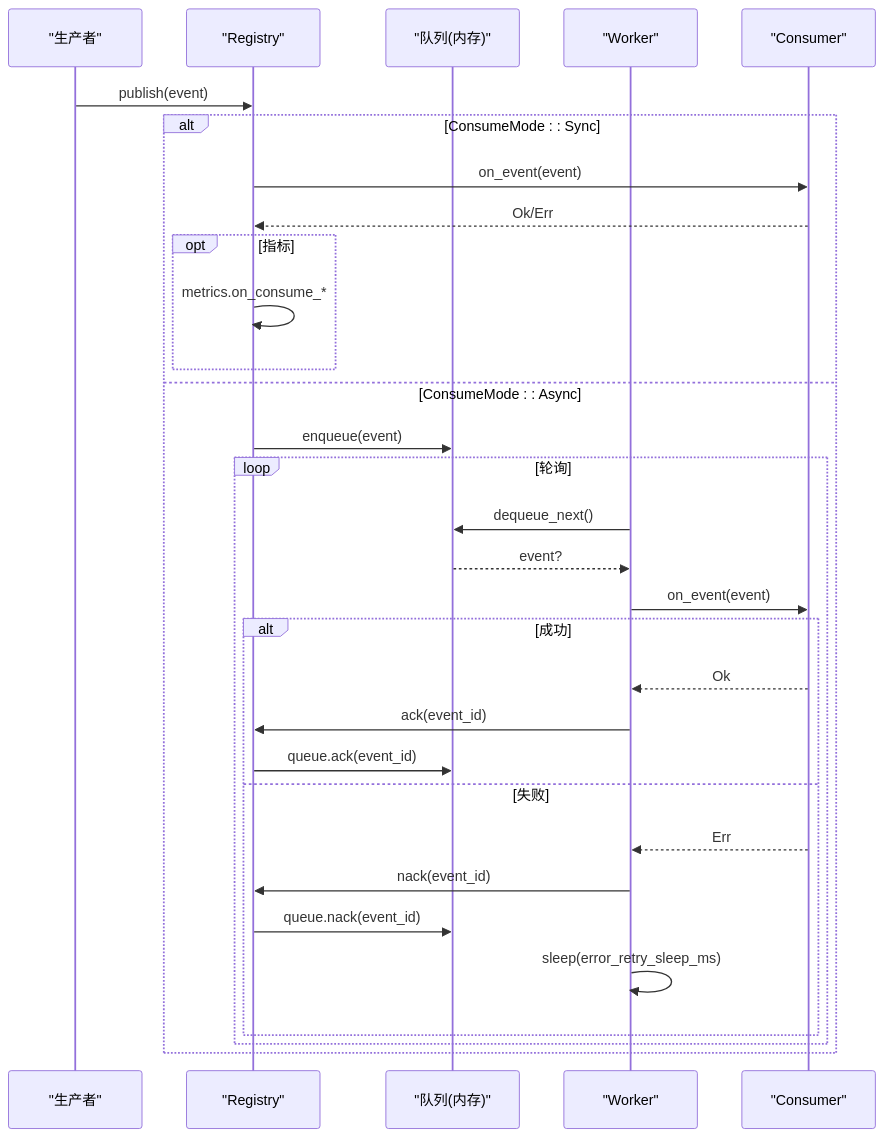
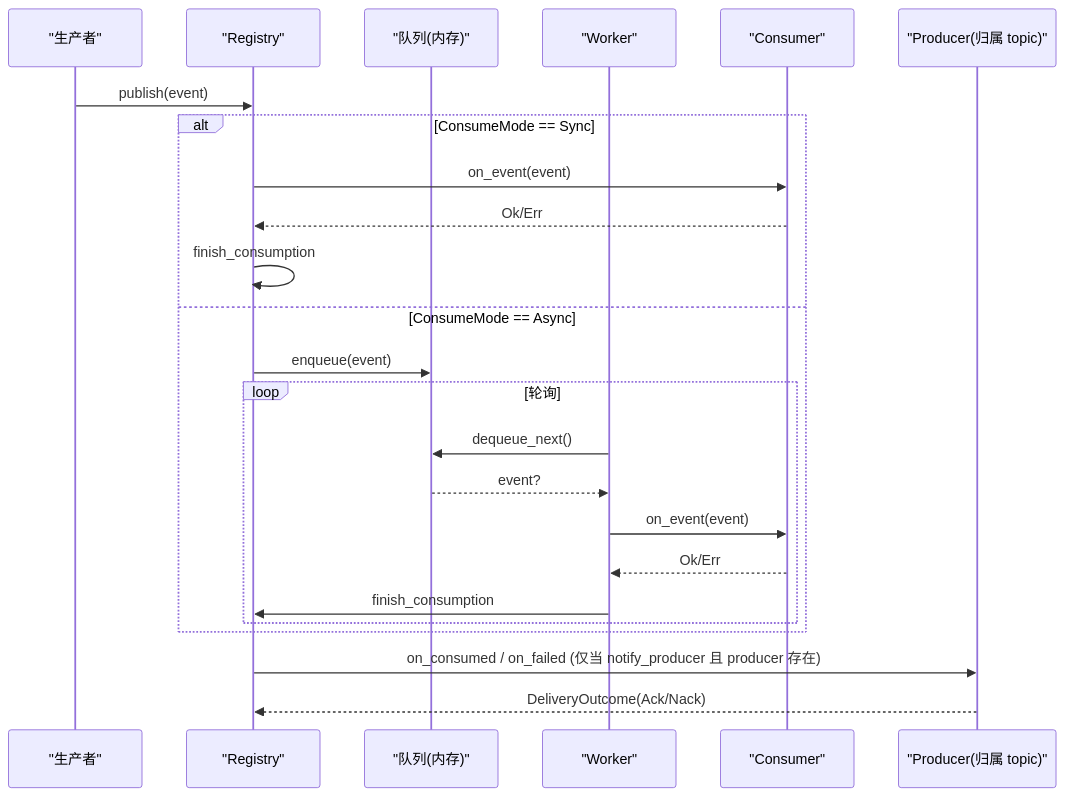
The second of 3 diagrams in docs/wiki/zh/content/基础设施/AOP 事件系统/事件消费者/事件消费者.md (runningcoders/ai_orz), drawn with Mermaid before and after one commit. The commit also changed other lines of this file and 37 other files, not shown here.

````diff
--- a/docs/wiki/zh/content/基础设施/AOP 事件系统/事件消费者/事件消费者.md
+++ b/docs/wiki/zh/content/基础设施/AOP 事件系统/事件消费者/事件消费者.md
@@ -109,33 +119,26 @@
 ```mermaid
 sequenceDiagram
 participant P as "生产者"
 participant R as "Registry"
 participant Q as "队列(内存)"
 participant W as "Worker"
 participant C as "Consumer"
+participant PR as "Producer(归属 topic)"
 P->>R : publish(event)
-alt ConsumeMode : : Sync
+alt ConsumeMode == Sync
 R->>C : on_event(event)
 C-->>R : Ok/Err
-opt 指标
-R->>R : metrics.on_consume_*
-end
-else ConsumeMode : : Async
+R->>R : finish_consumption
+else ConsumeMode == Async
 R->>Q : enqueue(event)
 loop 轮询
 W->>Q : dequeue_next()
 Q-->>W : event?
 W->>C : on_event(event)
-alt 成功
-C-->>W : Ok
-W->>R : ack(event_id)
-R->>Q : queue.ack(event_id)
-else 失败
-C-->>W : Err
-W->>R : nack(event_id)
-R->>Q : queue.nack(event_id)
-W->>W : sleep(error_retry_sleep_ms)
+C-->>W : Ok/Err
+W->>R : finish_consumption
 end
 end
-end
+R->>PR : on_consumed / on_failed (仅当 notify_producer 且 producer 存在)
+PR-->>R : DeliveryOutcome(Ack/Nack)
 ```
````
